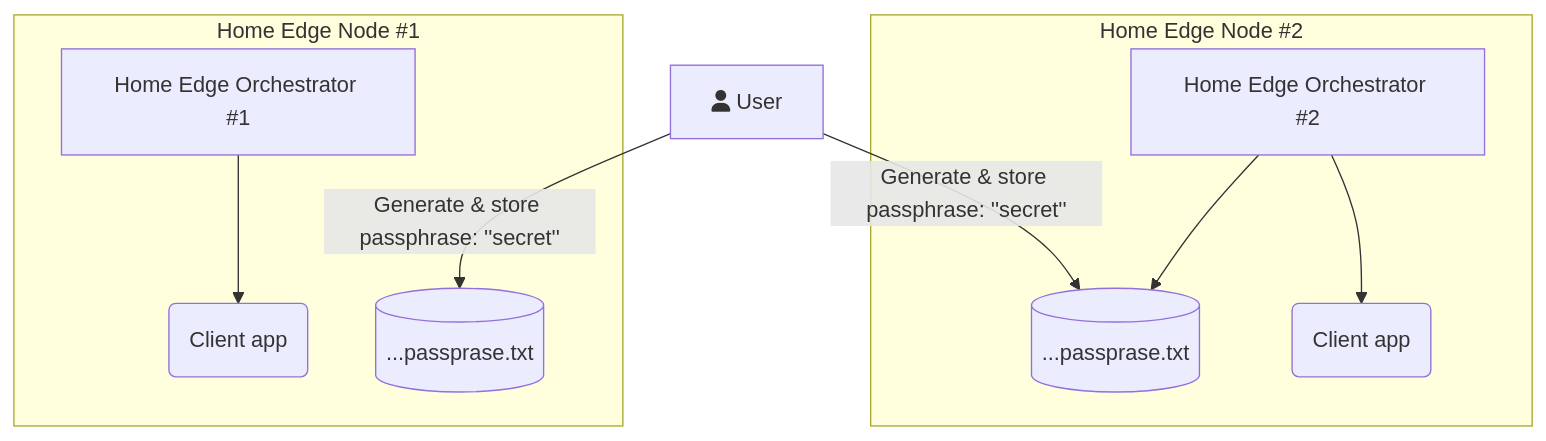
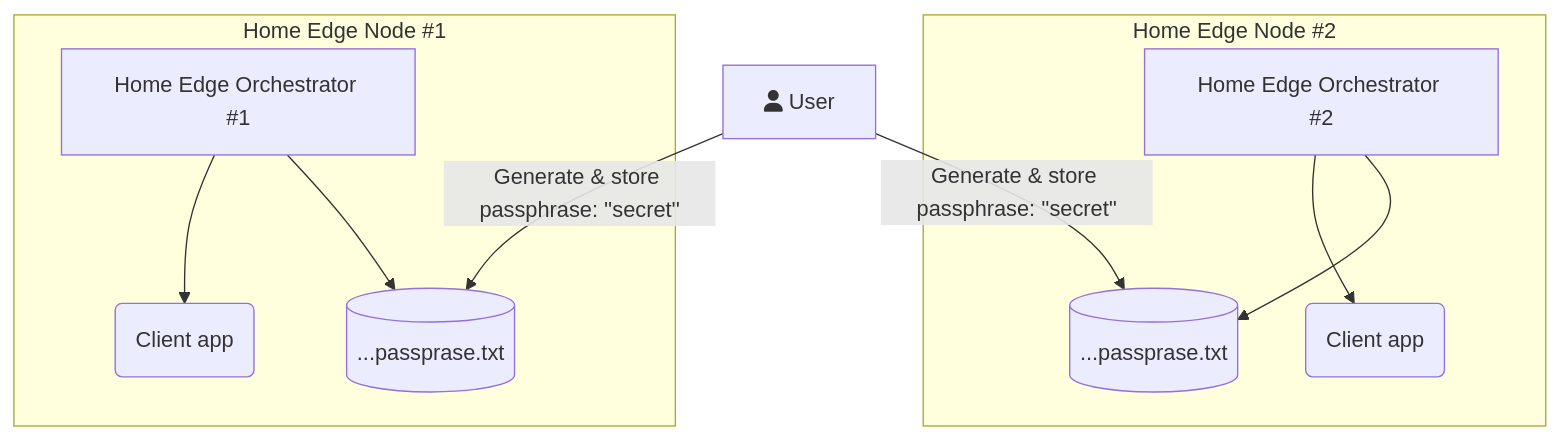
One commit to tdrozdovsky/crib changed the diagram in README.md. Above: the diagram before and after it, drawn with Mermaid.

````diff
--- a/README.md
+++ b/README.md
@@ -34,17 +34,16 @@
 ```mermaid
 graph TD
 	A[fa:fa-user User] -->|Generate & store passphrase: ''secret''| Storage1(Home Edge Orchestrator #1)
 	A[fa:fa-user User] -->|Generate & store passphrase: ''secret''| Storage2(Home Edge Orchestrator #2)
     
 subgraph Home Edge Node #2
     HEO2[Home Edge Orchestrator #2]-->CAPP2(Client app)
-    HEO2[Home Edge Orchestrator #2]-->Storage2
-	Storage2[(...passprase.txt)]
+    HEO2[Home Edge Orchestrator #2]-->Storage2[(...passprase.txt)]
 end	
 
 subgraph Home Edge Node #1
     HEO1[Home Edge Orchestrator #1]-->CAPP1(Client app)
-	Storage1[(...passprase.txt)]
+    HEO1[Home Edge Orchestrator #1]-->Storage1[(...passprase.txt)]
 end	
 
 ```
````
